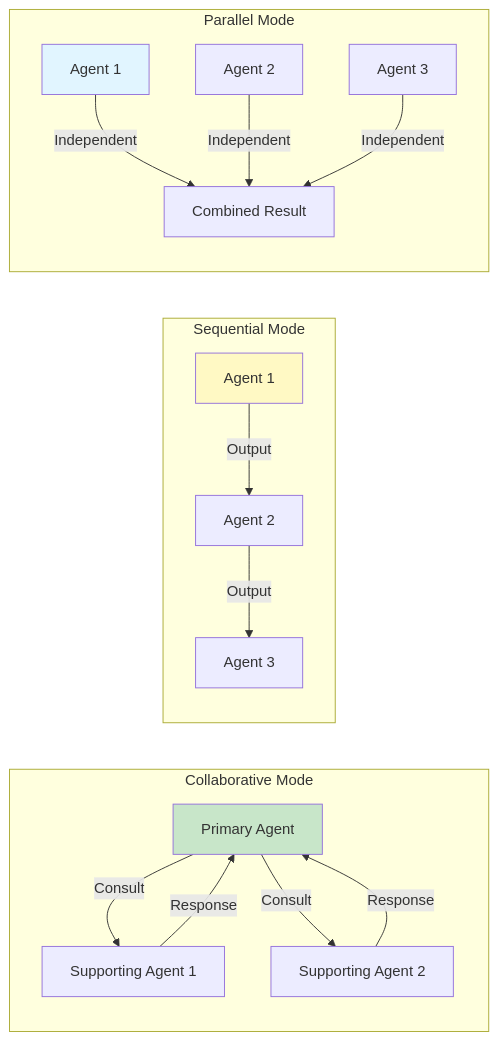
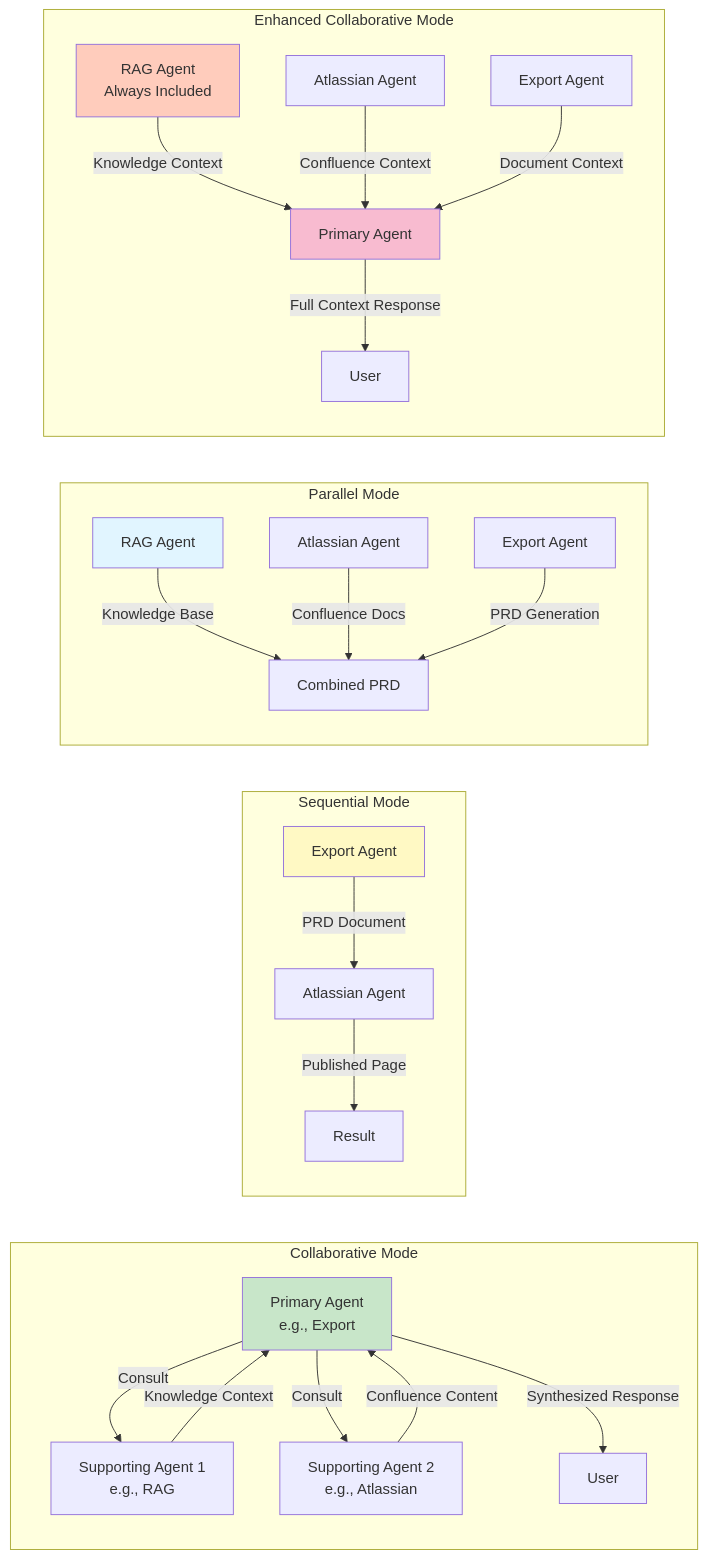
Before and after one commit to soumantrivedi/ideaforge-ai: the third of 15 diagrams in docs/architecture/03-complete-application-guide.md, drawn with Mermaid. The commit also changed other lines of this file and 5 other files, not shown here.

````diff
--- a/docs/architecture/03-complete-application-guide.md
+++ b/docs/architecture/03-complete-application-guide.md
@@ -205,30 +205,44 @@
 ```mermaid
 graph LR
     subgraph "Collaborative Mode"
-        C1[Primary Agent]
-        C2[Supporting Agent 1]
-        C3[Supporting Agent 2]
+        C1[Primary Agent<br/>e.g., Export]
+        C2[Supporting Agent 1<br/>e.g., RAG]
+        C3[Supporting Agent 2<br/>e.g., Atlassian]
         C1 -->|Consult| C2
         C1 -->|Consult| C3
-        C2 -->|Response| C1
-        C3 -->|Response| C1
+        C2 -->|Knowledge Context| C1
+        C3 -->|Confluence Content| C1
+        C1 -->|Synthesized Response| User[User]
     end
     
     subgraph "Sequential Mode"
-        S1[Agent 1] -->|Output| S2[Agent 2]
-        S2 -->|Output| S3[Agent 3]
+        S1[Export Agent] -->|PRD Document| S2[Atlassian Agent]
+        S2 -->|Published Page| S3[Result]
     end
     
     subgraph "Parallel Mode"
-        P1[Agent 1]
-        P2[Agent 2]
-        P3[Agent 3]
-        P1 -->|Independent| Result[Combined Result]
-        P2 -->|Independent| Result
-        P3 -->|Independent| Result
+        P1[RAG Agent]
+        P2[Atlassian Agent]
+        P3[Export Agent]
+        P1 -->|Knowledge Base| Result[Combined PRD]
+        P2 -->|Confluence Docs| Result
+        P3 -->|PRD Generation| Result
+    end
+    
+    subgraph "Enhanced Collaborative Mode"
+        E1[Primary Agent]
+        E2[RAG Agent<br/>Always Included]
+        E3[Atlassian Agent]
+        E4[Export Agent]
+        E2 -->|Knowledge Context| E1
+        E3 -->|Confluence Context| E1
+        E4 -->|Document Context| E1
+        E1 -->|Full Context Response| User2[User]
     end
     
     style C1 fill:#c8e6c9
     style S1 fill:#fff9c4
     style P1 fill:#e1f5ff
+    style E1 fill:#f8bbd0
+    style E2 fill:#ffccbc
 ```
````
